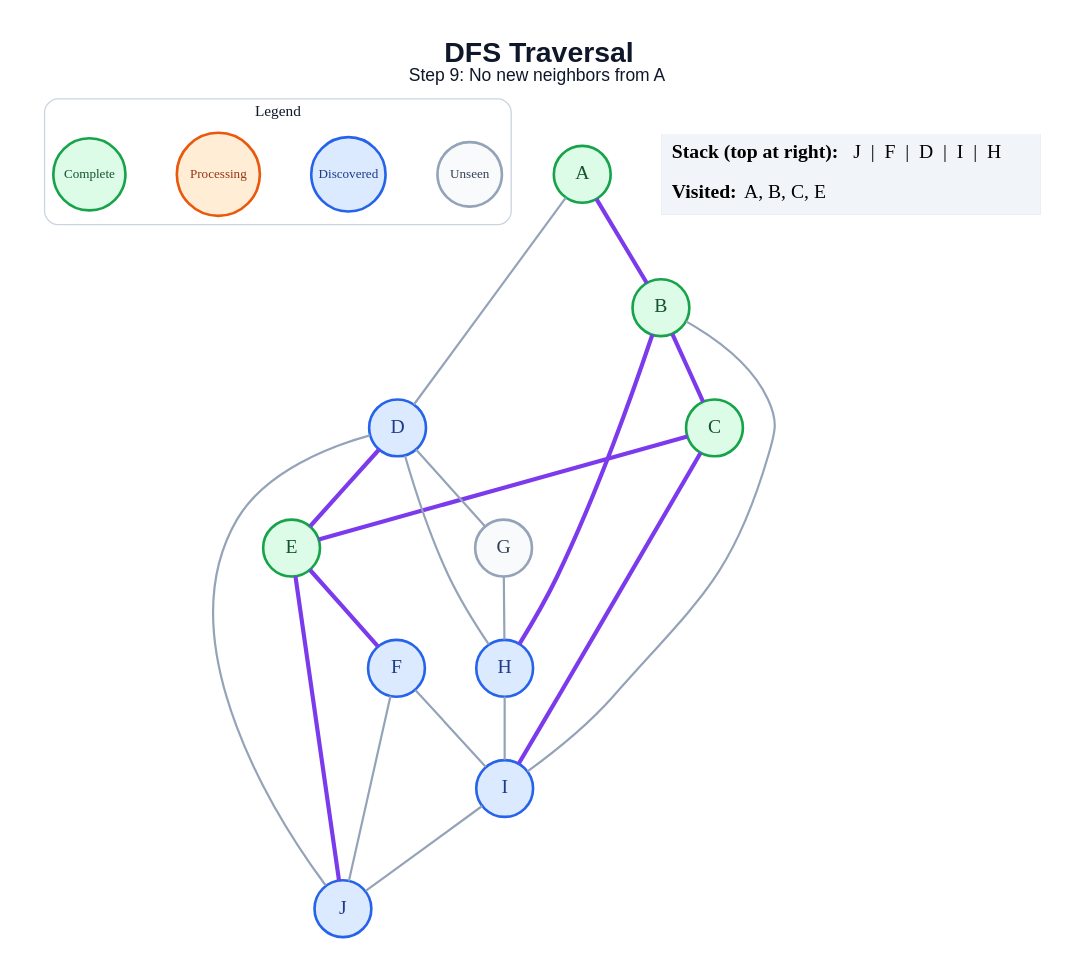
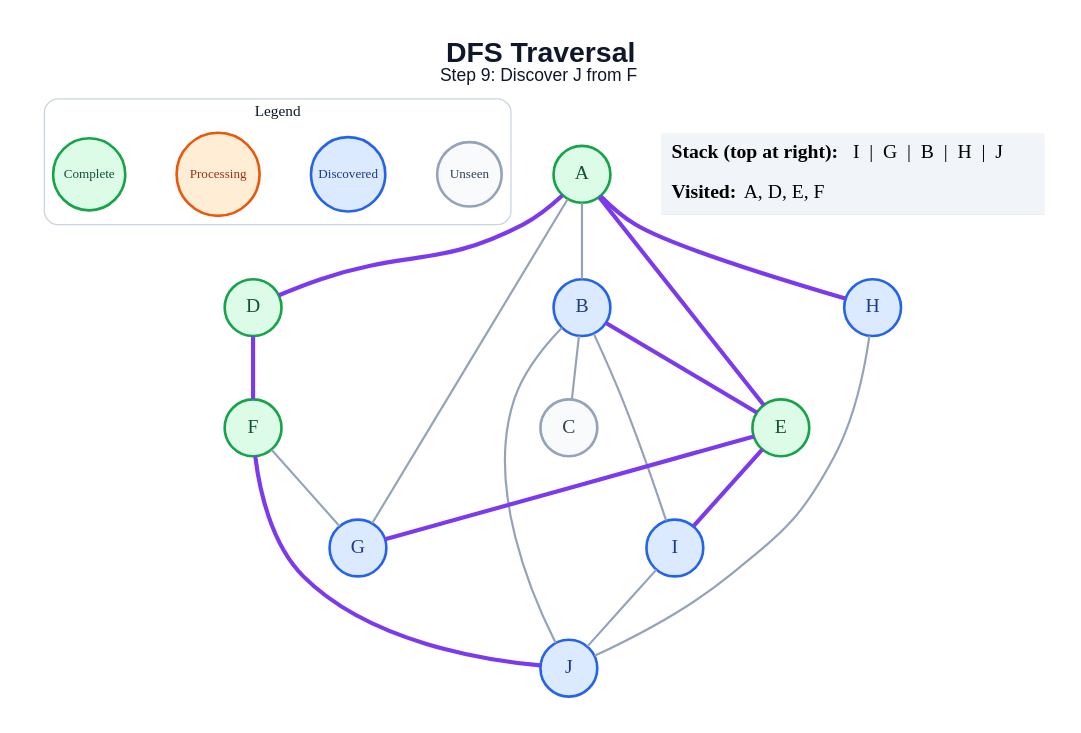
Before and after one commit to amanghodawala9/ai-slop: the diagram in generated/specific-node/dfs/step_09.dot, drawn with Graphviz. The commit also changed 178 other files, not shown here.

```diff
--- a/generated/specific-node/dfs/step_09.dot
+++ b/generated/specific-node/dfs/step_09.dot
@@ -1,47 +1,45 @@
 graph traversal {
   graph [layout=dot, rankdir=TB, bgcolor="#FFFFFF", pad="0.35", nodesep="0.65", ranksep="0.8", fontname="Arial"];
   node [shape=circle, style="filled", fontname="Arial Bold", fontsize=18, width=0.72, fixedsize=true, penwidth=2.4];
   edge [color="#94A3B8", penwidth=2.0];
-  label=<<B>DFS Traversal</B><BR/><FONT POINT-SIZE="16">Step 9: No new neighbors from A</FONT>>; labelloc="t"; fontsize=26; fontname="Arial"; fontcolor="#0F172A";
+  label=<<B>DFS Traversal</B><BR/><FONT POINT-SIZE="16">Step 9: Discover J from F</FONT>>; labelloc="t"; fontsize=26; fontname="Arial"; fontcolor="#0F172A";
   subgraph cluster_legend { label="Legend"; color="#CBD5E1"; penwidth=1.2; style="rounded"; fontsize=14; fontname="Arial Bold";
     key_unseen [label="Unseen", fillcolor="#F8FAFC", color="#94A3B8", fontcolor="#334155", fontsize=12, width=0.82];
     key_frontier [label="Discovered", fillcolor="#DBEAFE", color="#2563EB", fontcolor="#1E3A8A", fontsize=12, width=0.95];
     key_current [label="Processing", fillcolor="#FFEDD5", color="#EA580C", fontcolor="#9A3412", fontsize=12, width=1.05];
     key_done [label="Complete", fillcolor="#DCFCE7", color="#16A34A", fontcolor="#14532D", fontsize=12, width=0.92];
     { rank=same; key_unseen; key_frontier; key_current; key_done; }
   }
   A [fillcolor="#DCFCE7", color="#16A34A", fontcolor="#14532D"];
-  B [fillcolor="#DCFCE7", color="#16A34A", fontcolor="#14532D"];
-  C [fillcolor="#DCFCE7", color="#16A34A", fontcolor="#14532D"];
-  D [fillcolor="#DBEAFE", color="#2563EB", fontcolor="#1E3A8A"];
+  B [fillcolor="#DBEAFE", color="#2563EB", fontcolor="#1E3A8A"];
+  C [fillcolor="#F8FAFC", color="#94A3B8", fontcolor="#334155"];
+  D [fillcolor="#DCFCE7", color="#16A34A", fontcolor="#14532D"];
   E [fillcolor="#DCFCE7", color="#16A34A", fontcolor="#14532D"];
-  F [fillcolor="#DBEAFE", color="#2563EB", fontcolor="#1E3A8A"];
-  G [fillcolor="#F8FAFC", color="#94A3B8", fontcolor="#334155"];
+  F [fillcolor="#DCFCE7", color="#16A34A", fontcolor="#14532D"];
+  G [fillcolor="#DBEAFE", color="#2563EB", fontcolor="#1E3A8A"];
   H [fillcolor="#DBEAFE", color="#2563EB", fontcolor="#1E3A8A"];
   I [fillcolor="#DBEAFE", color="#2563EB", fontcolor="#1E3A8A"];
   J [fillcolor="#DBEAFE", color="#2563EB", fontcolor="#1E3A8A"];
-  A -- B [color="#7C3AED", penwidth=3.8];
-  A -- D;
-  B -- C [color="#7C3AED", penwidth=3.8];
-  B -- H [color="#7C3AED", penwidth=3.8];
+  A -- B;
+  A -- D [color="#7C3AED", penwidth=3.8];
+  A -- E [color="#7C3AED", penwidth=3.8];
+  A -- G;
+  A -- H [color="#7C3AED", penwidth=3.8];
+  B -- C;
+  B -- E [color="#7C3AED", penwidth=3.8];
   B -- I;
-  C -- E [color="#7C3AED", penwidth=3.8];
-  C -- I [color="#7C3AED", penwidth=3.8];
-  D -- E [color="#7C3AED", penwidth=3.8];
-  D -- G;
-  D -- H;
-  D -- J;
-  E -- F [color="#7C3AED", penwidth=3.8];
-  E -- J [color="#7C3AED", penwidth=3.8];
-  F -- I;
-  F -- J;
-  G -- H;
-  H -- I;
+  B -- J;
+  D -- F [color="#7C3AED", penwidth=3.8];
+  E -- G [color="#7C3AED", penwidth=3.8];
+  E -- I [color="#7C3AED", penwidth=3.8];
+  F -- G;
+  F -- J [color="#7C3AED", penwidth=3.8];
+  H -- J;
   I -- J;
   status [shape=plain, fixedsize=false, width=0, height=0, margin=0, label=<
     <TABLE BORDER="0" CELLBORDER="0" CELLPADDING="7" BGCOLOR="#F1F5F9">
-      <TR><TD ALIGN="LEFT"><B>Stack (top at right):</B> J  |  F  |  D  |  I  |  H</TD></TR>
-      <TR><TD ALIGN="LEFT"><B>Visited:</B> A, B, C, E</TD></TR>
+      <TR><TD ALIGN="LEFT"><B>Stack (top at right):</B> I  |  G  |  B  |  H  |  J</TD></TR>
+      <TR><TD ALIGN="LEFT"><B>Visited:</B> A, D, E, F</TD></TR>
     </TABLE>
   >];
 }
```
